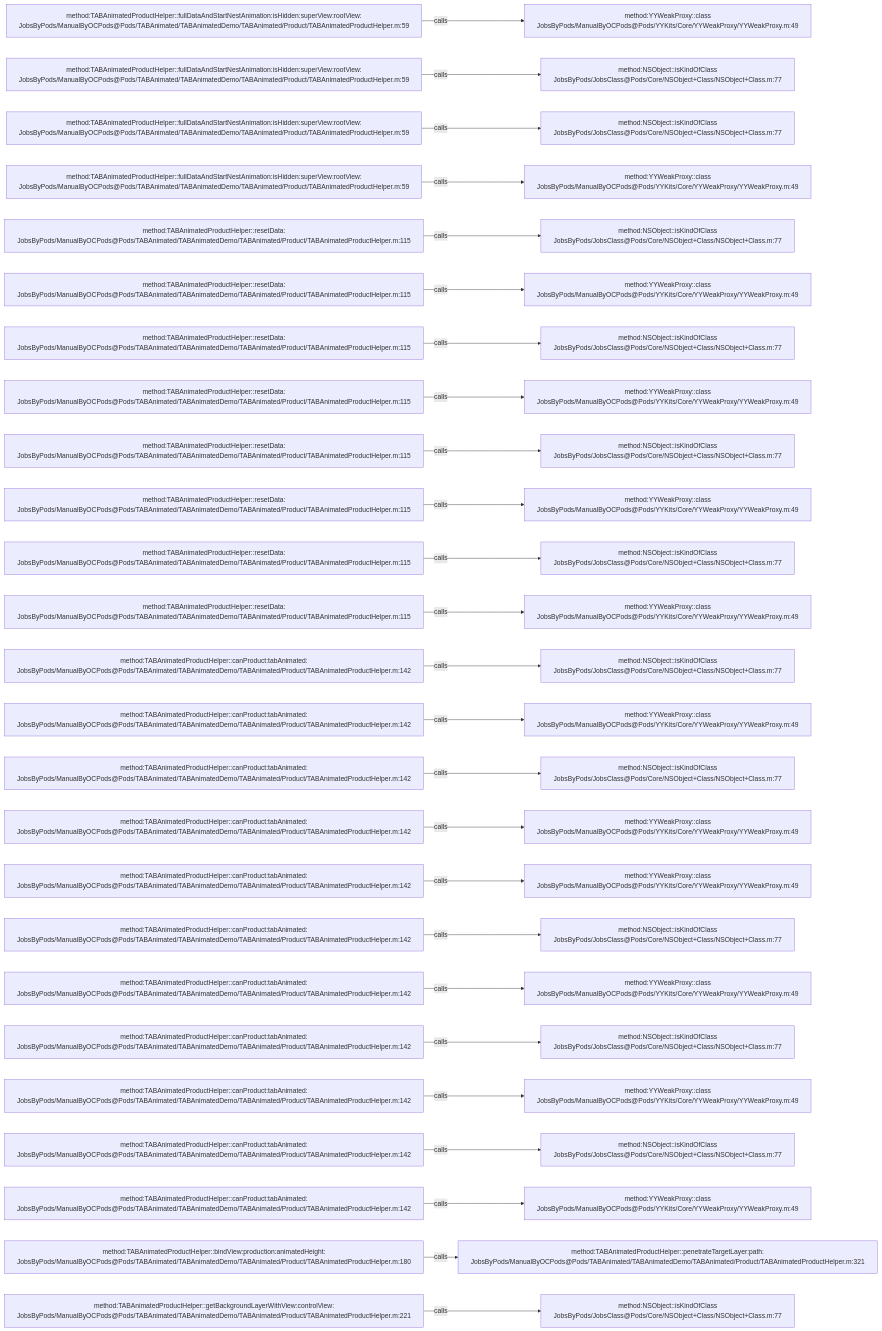
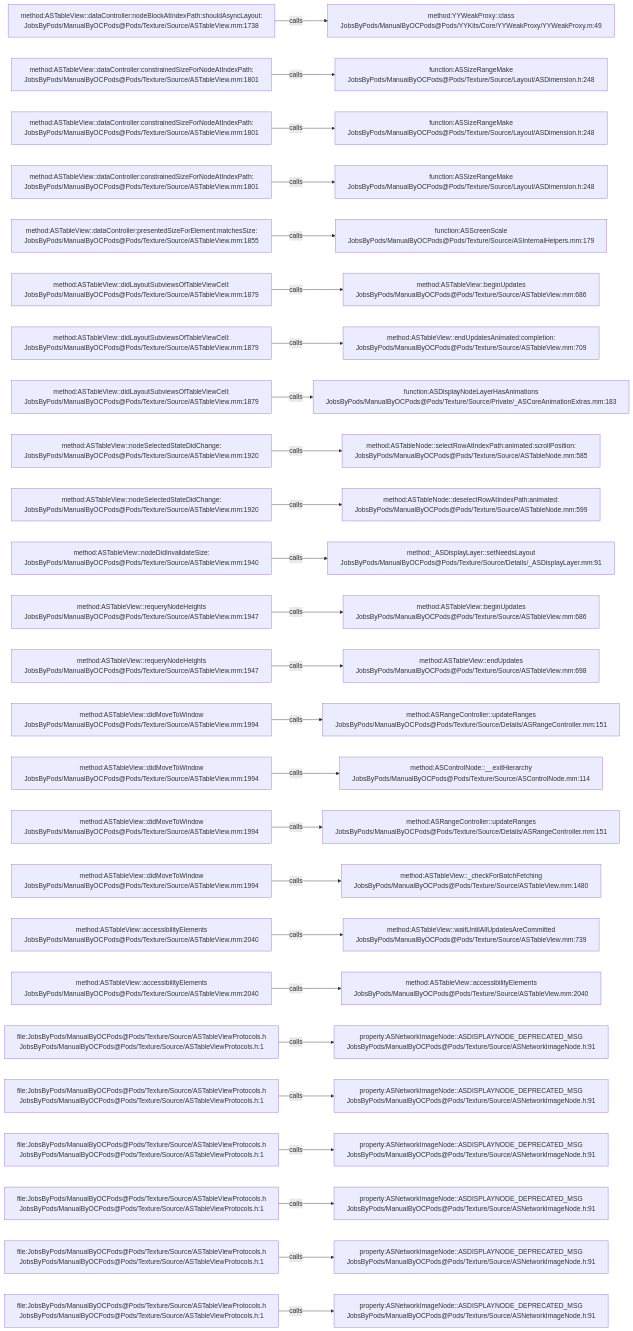
The diagram in .codegraph/codegraph.md/graphs/calls-139.md (JobsKits/JobsOCBaseConfigDemo), drawn with Mermaid before and after one commit. The commit also changed 2162 other files, not shown here.

````diff
--- a/.codegraph/codegraph.md/graphs/calls-139.md
+++ b/.codegraph/codegraph.md/graphs/calls-139.md
@@ -13,78 +13,78 @@
 ```mermaid
 flowchart LR
-  S1["method:TABAnimatedProductHelper::fullDataAndStartNestAnimation:isHidden:superView:rootView:<br/>JobsByPods/ManualByOCPods@Pods/TABAnimated/TABAnimatedDemo/TABAnimated/Product/TABAnimatedProductHelper.m:59"]
+  S1["method:ASTableView::dataController:nodeBlockAtIndexPath:shouldAsyncLayout:<br/>JobsByPods/ManualByOCPods@Pods/Texture/Source/ASTableView.mm:1738"]
   T1["method:YYWeakProxy::class<br/>JobsByPods/ManualByOCPods@Pods/YYKits/Core/YYWeakProxy/YYWeakProxy.m:49"]
   S1 -->|calls| T1
-  S2["method:TABAnimatedProductHelper::fullDataAndStartNestAnimation:isHidden:superView:rootView:<br/>JobsByPods/ManualByOCPods@Pods/TABAnimated/TABAnimatedDemo/TABAnimated/Product/TABAnimatedProductHelper.m:59"]
-  T2["method:NSObject::isKindOfClass<br/>JobsByPods/JobsClass@Pods/Core/NSObject+Class/NSObject+Class.m:77"]
+  S2["method:ASTableView::dataController:constrainedSizeForNodeAtIndexPath:<br/>JobsByPods/ManualByOCPods@Pods/Texture/Source/ASTableView.mm:1801"]
+  T2["function:ASSizeRangeMake<br/>JobsByPods/ManualByOCPods@Pods/Texture/Source/Layout/ASDimension.h:248"]
   S2 -->|calls| T2
-  S3["method:TABAnimatedProductHelper::fullDataAndStartNestAnimation:isHidden:superView:rootView:<br/>JobsByPods/ManualByOCPods@Pods/TABAnimated/TABAnimatedDemo/TABAnimated/Product/TABAnimatedProductHelper.m:59"]
-  T3["method:NSObject::isKindOfClass<br/>JobsByPods/JobsClass@Pods/Core/NSObject+Class/NSObject+Class.m:77"]
+  S3["method:ASTableView::dataController:constrainedSizeForNodeAtIndexPath:<br/>JobsByPods/ManualByOCPods@Pods/Texture/Source/ASTableView.mm:1801"]
+  T3["function:ASSizeRangeMake<br/>JobsByPods/ManualByOCPods@Pods/Texture/Source/Layout/ASDimension.h:248"]
   S3 -->|calls| T3
-  S4["method:TABAnimatedProductHelper::fullDataAndStartNestAnimation:isHidden:superView:rootView:<br/>JobsByPods/ManualByOCPods@Pods/TABAnimated/TABAnimatedDemo/TABAnimated/Product/TABAnimatedProductHelper.m:59"]
-  T4["method:YYWeakProxy::class<br/>JobsByPods/ManualByOCPods@Pods/YYKits/Core/YYWeakProxy/YYWeakProxy.m:49"]
+  S4["method:ASTableView::dataController:constrainedSizeForNodeAtIndexPath:<br/>JobsByPods/ManualByOCPods@Pods/Texture/Source/ASTableView.mm:1801"]
+  T4["function:ASSizeRangeMake<br/>JobsByPods/ManualByOCPods@Pods/Texture/Source/Layout/ASDimension.h:248"]
   S4 -->|calls| T4
-  S5["method:TABAnimatedProductHelper::resetData:<br/>JobsByPods/ManualByOCPods@Pods/TABAnimated/TABAnimatedDemo/TABAnimated/Product/TABAnimatedProductHelper.m:115"]
-  T5["method:NSObject::isKindOfClass<br/>JobsByPods/JobsClass@Pods/Core/NSObject+Class/NSObject+Class.m:77"]
+  S5["method:ASTableView::dataController:presentedSizeForElement:matchesSize:<br/>JobsByPods/ManualByOCPods@Pods/Texture/Source/ASTableView.mm:1855"]
+  T5["function:ASScreenScale<br/>JobsByPods/ManualByOCPods@Pods/Texture/Source/ASInternalHelpers.mm:179"]
   S5 -->|calls| T5
-  S6["method:TABAnimatedProductHelper::resetData:<br/>JobsByPods/ManualByOCPods@Pods/TABAnimated/TABAnimatedDemo/TABAnimated/Product/TABAnimatedProductHelper.m:115"]
-  T6["method:YYWeakProxy::class<br/>JobsByPods/ManualByOCPods@Pods/YYKits/Core/YYWeakProxy/YYWeakProxy.m:49"]
+  S6["method:ASTableView::didLayoutSubviewsOfTableViewCell:<br/>JobsByPods/ManualByOCPods@Pods/Texture/Source/ASTableView.mm:1879"]
+  T6["method:ASTableView::beginUpdates<br/>JobsByPods/ManualByOCPods@Pods/Texture/Source/ASTableView.mm:686"]
   S6 -->|calls| T6
-  S7["method:TABAnimatedProductHelper::resetData:<br/>JobsByPods/ManualByOCPods@Pods/TABAnimated/TABAnimatedDemo/TABAnimated/Product/TABAnimatedProductHelper.m:115"]
-  T7["method:NSObject::isKindOfClass<br/>JobsByPods/JobsClass@Pods/Core/NSObject+Class/NSObject+Class.m:77"]
+  S7["method:ASTableView::didLayoutSubviewsOfTableViewCell:<br/>JobsByPods/ManualByOCPods@Pods/Texture/Source/ASTableView.mm:1879"]
+  T7["method:ASTableView::endUpdatesAnimated:completion:<br/>JobsByPods/ManualByOCPods@Pods/Texture/Source/ASTableView.mm:709"]
   S7 -->|calls| T7
-  S8["method:TABAnimatedProductHelper::resetData:<br/>JobsByPods/ManualByOCPods@Pods/TABAnimated/TABAnimatedDemo/TABAnimated/Product/TABAnimatedProductHelper.m:115"]
-  T8["method:YYWeakProxy::class<br/>JobsByPods/ManualByOCPods@Pods/YYKits/Core/YYWeakProxy/YYWeakProxy.m:49"]
+  S8["method:ASTableView::didLayoutSubviewsOfTableViewCell:<br/>JobsByPods/ManualByOCPods@Pods/Texture/Source/ASTableView.mm:1879"]
+  T8["function:ASDisplayNodeLayerHasAnimations<br/>JobsByPods/ManualByOCPods@Pods/Texture/Source/Private/_ASCoreAnimationExtras.mm:183"]
   S8 -->|calls| T8
-  S9["method:TABAnimatedProductHelper::resetData:<br/>JobsByPods/ManualByOCPods@Pods/TABAnimated/TABAnimatedDemo/TABAnimated/Product/TABAnimatedProductHelper.m:115"]
-  T9["method:NSObject::isKindOfClass<br/>JobsByPods/JobsClass@Pods/Core/NSObject+Class/NSObject+Class.m:77"]
+  S9["method:ASTableView::nodeSelectedStateDidChange:<br/>JobsByPods/ManualByOCPods@Pods/Texture/Source/ASTableView.mm:1920"]
+  T9["method:ASTableNode::selectRowAtIndexPath:animated:scrollPosition:<br/>JobsByPods/ManualByOCPods@Pods/Texture/Source/ASTableNode.mm:585"]
   S9 -->|calls| T9
-  S10["method:TABAnimatedProductHelper::resetData:<br/>JobsByPods/ManualByOCPods@Pods/TABAnimated/TABAnimatedDemo/TABAnimated/Product/TABAnimatedProductHelper.m:115"]
-  T10["method:YYWeakProxy::class<br/>JobsByPods/ManualByOCPods@Pods/YYKits/Core/YYWeakProxy/YYWeakProxy.m:49"]
+  S10["method:ASTableView::nodeSelectedStateDidChange:<br/>JobsByPods/ManualByOCPods@Pods/Texture/Source/ASTableView.mm:1920"]
+  T10["method:ASTableNode::deselectRowAtIndexPath:animated:<br/>JobsByPods/ManualByOCPods@Pods/Texture/Source/ASTableNode.mm:599"]
   S10 -->|calls| T10
-  S11["method:TABAnimatedProductHelper::resetData:<br/>JobsByPods/ManualByOCPods@Pods/TABAnimated/TABAnimatedDemo/TABAnimated/Product/TABAnimatedProductHelper.m:115"]
-  T11["method:NSObject::isKindOfClass<br/>JobsByPods/JobsClass@Pods/Core/NSObject+Class/NSObject+Class.m:77"]
+  S11["method:ASTableView::nodeDidInvalidateSize:<br/>JobsByPods/ManualByOCPods@Pods/Texture/Source/ASTableView.mm:1940"]
+  T11["method:_ASDisplayLayer::setNeedsLayout<br/>JobsByPods/ManualByOCPods@Pods/Texture/Source/Details/_ASDisplayLayer.mm:91"]
   S11 -->|calls| T11
-  S12["method:TABAnimatedProductHelper::resetData:<br/>JobsByPods/ManualByOCPods@Pods/TABAnimated/TABAnimatedDemo/TABAnimated/Product/TABAnimatedProductHelper.m:115"]
-  T12["method:YYWeakProxy::class<br/>JobsByPods/ManualByOCPods@Pods/YYKits/Core/YYWeakProxy/YYWeakProxy.m:49"]
+  S12["method:ASTableView::requeryNodeHeights<br/>JobsByPods/ManualByOCPods@Pods/Texture/Source/ASTableView.mm:1947"]
+  T12["method:ASTableView::beginUpdates<br/>JobsByPods/ManualByOCPods@Pods/Texture/Source/ASTableView.mm:686"]
   S12 -->|calls| T12
-  S13["method:TABAnimatedProductHelper::canProduct:tabAnimated:<br/>JobsByPods/ManualByOCPods@Pods/TABAnimated/TABAnimatedDemo/TABAnimated/Product/TABAnimatedProductHelper.m:142"]
-  T13["method:NSObject::isKindOfClass<br/>JobsByPods/JobsClass@Pods/Core/NSObject+Class/NSObject+Class.m:77"]
+  S13["method:ASTableView::requeryNodeHeights<br/>JobsByPods/ManualByOCPods@Pods/Texture/Source/ASTableView.mm:1947"]
+  T13["method:ASTableView::endUpdates<br/>JobsByPods/ManualByOCPods@Pods/Texture/Source/ASTableView.mm:698"]
   S13 -->|calls| T13
-  S14["method:TABAnimatedProductHelper::canProduct:tabAnimated:<br/>JobsByPods/ManualByOCPods@Pods/TABAnimated/TABAnimatedDemo/TABAnimated/Product/TABAnimatedProductHelper.m:142"]
-  T14["method:YYWeakProxy::class<br/>JobsByPods/ManualByOCPods@Pods/YYKits/Core/YYWeakProxy/YYWeakProxy.m:49"]
+  S14["method:ASTableView::didMoveToWindow<br/>JobsByPods/ManualByOCPods@Pods/Texture/Source/ASTableView.mm:1994"]
+  T14["method:ASRangeController::updateRanges<br/>JobsByPods/ManualByOCPods@Pods/Texture/Source/Details/ASRangeController.mm:151"]
   S14 -->|calls| T14
-  S15["method:TABAnimatedProductHelper::canProduct:tabAnimated:<br/>JobsByPods/ManualByOCPods@Pods/TABAnimated/TABAnimatedDemo/TABAnimated/Product/TABAnimatedProductHelper.m:142"]
-  T15["method:NSObject::isKindOfClass<br/>JobsByPods/JobsClass@Pods/Core/NSObject+Class/NSObject+Class.m:77"]
+  S15["method:ASTableView::didMoveToWindow<br/>JobsByPods/ManualByOCPods@Pods/Texture/Source/ASTableView.mm:1994"]
+  T15["method:ASControlNode::__exitHierarchy<br/>JobsByPods/ManualByOCPods@Pods/Texture/Source/ASControlNode.mm:114"]
   S15 -->|calls| T15
-  S16["method:TABAnimatedProductHelper::canProduct:tabAnimated:<br/>JobsByPods/ManualByOCPods@Pods/TABAnimated/TABAnimatedDemo/TABAnimated/Product/TABAnimatedProductHelper.m:142"]
-  T16["method:YYWeakProxy::class<br/>JobsByPods/ManualByOCPods@Pods/YYKits/Core/YYWeakProxy/YYWeakProxy.m:49"]
+  S16["method:ASTableView::didMoveToWindow<br/>JobsByPods/ManualByOCPods@Pods/Texture/Source/ASTableView.mm:1994"]
+  T16["method:ASRangeController::updateRanges<br/>JobsByPods/ManualByOCPods@Pods/Texture/Source/Details/ASRangeController.mm:151"]
   S16 -->|calls| T16
-  S17["method:TABAnimatedProductHelper::canProduct:tabAnimated:<br/>JobsByPods/ManualByOCPods@Pods/TABAnimated/TABAnimatedDemo/TABAnimated/Product/TABAnimatedProductHelper.m:142"]
-  T17["method:YYWeakProxy::class<br/>JobsByPods/ManualByOCPods@Pods/YYKits/Core/YYWeakProxy/YYWeakProxy.m:49"]
+  S17["method:ASTableView::didMoveToWindow<br/>JobsByPods/ManualByOCPods@Pods/Texture/Source/ASTableView.mm:1994"]
+  T17["method:ASTableView::_checkForBatchFetching<br/>JobsByPods/ManualByOCPods@Pods/Texture/Source/ASTableView.mm:1480"]
   S17 -->|calls| T17
-  S18["method:TABAnimatedProductHelper::canProduct:tabAnimated:<br/>JobsByPods/ManualByOCPods@Pods/TABAnimated/TABAnimatedDemo/TABAnimated/Product/TABAnimatedProductHelper.m:142"]
-  T18["method:NSObject::isKindOfClass<br/>JobsByPods/JobsClass@Pods/Core/NSObject+Class/NSObject+Class.m:77"]
+  S18["method:ASTableView::accessibilityElements<br/>JobsByPods/ManualByOCPods@Pods/Texture/Source/ASTableView.mm:2040"]
+  T18["method:ASTableView::waitUntilAllUpdatesAreCommitted<br/>JobsByPods/ManualByOCPods@Pods/Texture/Source/ASTableView.mm:739"]
   S18 -->|calls| T18
-  S19["method:TABAnimatedProductHelper::canProduct:tabAnimated:<br/>JobsByPods/ManualByOCPods@Pods/TABAnimated/TABAnimatedDemo/TABAnimated/Product/TABAnimatedProductHelper.m:142"]
-  T19["method:YYWeakProxy::class<br/>JobsByPods/ManualByOCPods@Pods/YYKits/Core/YYWeakProxy/YYWeakProxy.m:49"]
+  S19["method:ASTableView::accessibilityElements<br/>JobsByPods/ManualByOCPods@Pods/Texture/Source/ASTableView.mm:2040"]
+  T19["method:ASTableView::accessibilityElements<br/>JobsByPods/ManualByOCPods@Pods/Texture/Source/ASTableView.mm:2040"]
   S19 -->|calls| T19
-  S20["method:TABAnimatedProductHelper::canProduct:tabAnimated:<br/>JobsByPods/ManualByOCPods@Pods/TABAnimated/TABAnimatedDemo/TABAnimated/Product/TABAnimatedProductHelper.m:142"]
-  T20["method:NSObject::isKindOfClass<br/>JobsByPods/JobsClass@Pods/Core/NSObject+Class/NSObject+Class.m:77"]
+  S20["file:JobsByPods/ManualByOCPods@Pods/Texture/Source/ASTableViewProtocols.h<br/>JobsByPods/ManualByOCPods@Pods/Texture/Source/ASTableViewProtocols.h:1"]
+  T20["property:ASNetworkImageNode::ASDISPLAYNODE_DEPRECATED_MSG<br/>JobsByPods/ManualByOCPods@Pods/Texture/Source/ASNetworkImageNode.h:91"]
   S20 -->|calls| T20
-  S21["method:TABAnimatedProductHelper::canProduct:tabAnimated:<br/>JobsByPods/ManualByOCPods@Pods/TABAnimated/TABAnimatedDemo/TABAnimated/Product/TABAnimatedProductHelper.m:142"]
-  T21["method:YYWeakProxy::class<br/>JobsByPods/ManualByOCPods@Pods/YYKits/Core/YYWeakProxy/YYWeakProxy.m:49"]
+  S21["file:JobsByPods/ManualByOCPods@Pods/Texture/Source/ASTableViewProtocols.h<br/>JobsByPods/ManualByOCPods@Pods/Texture/Source/ASTableViewProtocols.h:1"]
+  T21["property:ASNetworkImageNode::ASDISPLAYNODE_DEPRECATED_MSG<br/>JobsByPods/ManualByOCPods@Pods/Texture/Source/ASNetworkImageNode.h:91"]
   S21 -->|calls| T21
-  S22["method:TABAnimatedProductHelper::canProduct:tabAnimated:<br/>JobsByPods/ManualByOCPods@Pods/TABAnimated/TABAnimatedDemo/TABAnimated/Product/TABAnimatedProductHelper.m:142"]
-  T22["method:NSObject::isKindOfClass<br/>JobsByPods/JobsClass@Pods/Core/NSObject+Class/NSObject+Class.m:77"]
+  S22["file:JobsByPods/ManualByOCPods@Pods/Texture/Source/ASTableViewProtocols.h<br/>JobsByPods/ManualByOCPods@Pods/Texture/Source/ASTableViewProtocols.h:1"]
+  T22["property:ASNetworkImageNode::ASDISPLAYNODE_DEPRECATED_MSG<br/>JobsByPods/ManualByOCPods@Pods/Texture/Source/ASNetworkImageNode.h:91"]
   S22 -->|calls| T22
-  S23["method:TABAnimatedProductHelper::canProduct:tabAnimated:<br/>JobsByPods/ManualByOCPods@Pods/TABAnimated/TABAnimatedDemo/TABAnimated/Product/TABAnimatedProductHelper.m:142"]
-  T23["method:YYWeakProxy::class<br/>JobsByPods/ManualByOCPods@Pods/YYKits/Core/YYWeakProxy/YYWeakProxy.m:49"]
+  S23["file:JobsByPods/ManualByOCPods@Pods/Texture/Source/ASTableViewProtocols.h<br/>JobsByPods/ManualByOCPods@Pods/Texture/Source/ASTableViewProtocols.h:1"]
+  T23["property:ASNetworkImageNode::ASDISPLAYNODE_DEPRECATED_MSG<br/>JobsByPods/ManualByOCPods@Pods/Texture/Source/ASNetworkImageNode.h:91"]
   S23 -->|calls| T23
-  S24["method:TABAnimatedProductHelper::bindView:production:animatedHeight:<br/>JobsByPods/ManualByOCPods@Pods/TABAnimated/TABAnimatedDemo/TABAnimated/Product/TABAnimatedProductHelper.m:180"]
-  T24["method:TABAnimatedProductHelper::penetrateTargetLayer:path:<br/>JobsByPods/ManualByOCPods@Pods/TABAnimated/TABAnimatedDemo/TABAnimated/Product/TABAnimatedProductHelper.m:321"]
+  S24["file:JobsByPods/ManualByOCPods@Pods/Texture/Source/ASTableViewProtocols.h<br/>JobsByPods/ManualByOCPods@Pods/Texture/Source/ASTableViewProtocols.h:1"]
+  T24["property:ASNetworkImageNode::ASDISPLAYNODE_DEPRECATED_MSG<br/>JobsByPods/ManualByOCPods@Pods/Texture/Source/ASNetworkImageNode.h:91"]
   S24 -->|calls| T24
-  S25["method:TABAnimatedProductHelper::getBackgroundLayerWithView:controlView:<br/>JobsByPods/ManualByOCPods@Pods/TABAnimated/TABAnimatedDemo/TABAnimated/Product/TABAnimatedProductHelper.m:221"]
-  T25["method:NSObject::isKindOfClass<br/>JobsByPods/JobsClass@Pods/Core/NSObject+Class/NSObject+Class.m:77"]
+  S25["file:JobsByPods/ManualByOCPods@Pods/Texture/Source/ASTableViewProtocols.h<br/>JobsByPods/ManualByOCPods@Pods/Texture/Source/ASTableViewProtocols.h:1"]
+  T25["property:ASNetworkImageNode::ASDISPLAYNODE_DEPRECATED_MSG<br/>JobsByPods/ManualByOCPods@Pods/Texture/Source/ASNetworkImageNode.h:91"]
   S25 -->|calls| T25
 ```
````
